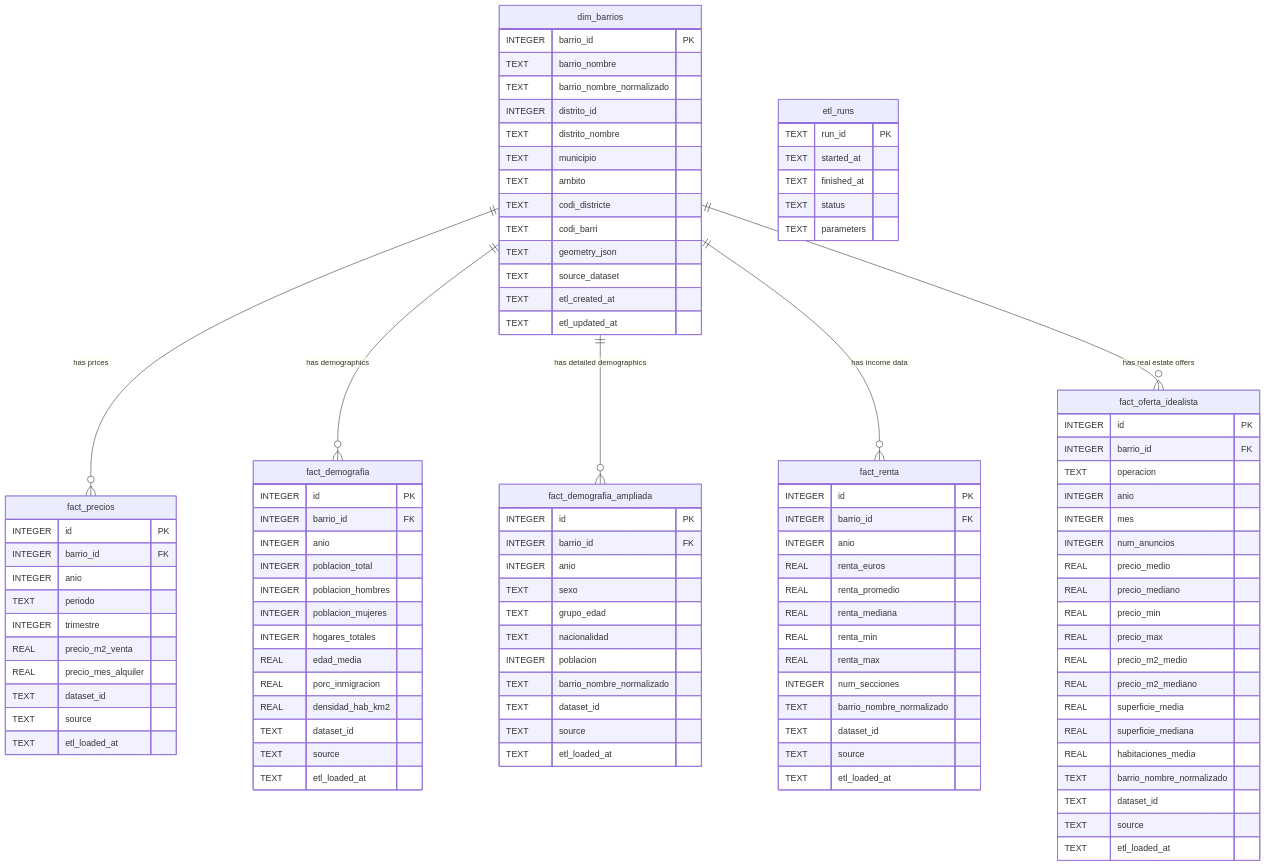
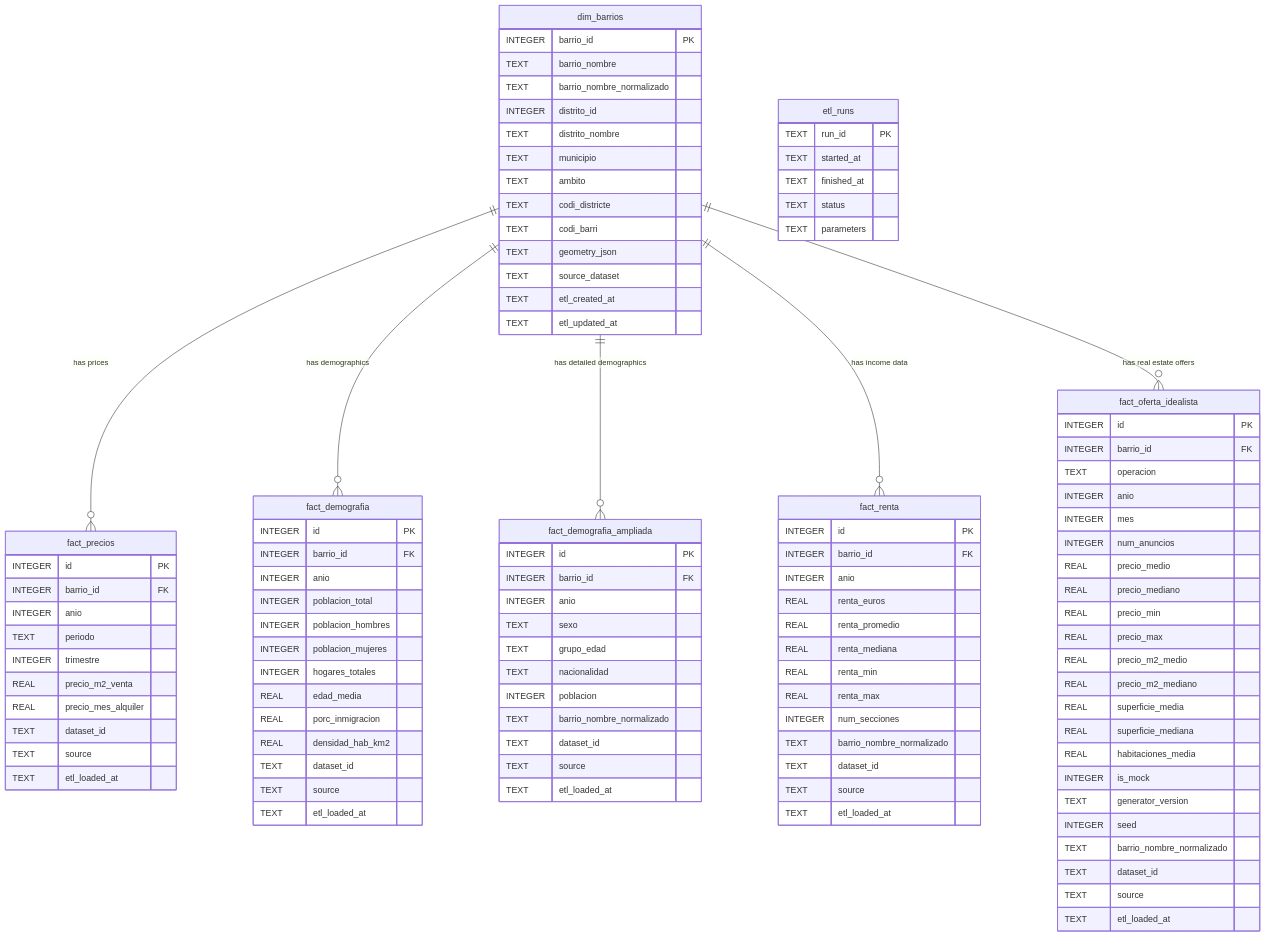
One commit to prototyp33/barcelona-housing-demographics-analyzer changed the diagram in docs/DATABASE_SCHEMA.md. Above: the diagram before and after it, drawn with Mermaid. The commit also changed other lines of this file, not shown here.

Commit message:
docs: enhance schema documentation with mock data details

```diff
--- a/docs/DATABASE_SCHEMA.md
+++ b/docs/DATABASE_SCHEMA.md
@@ -103,6 +103,9 @@
         REAL superficie_media
         REAL superficie_mediana
         REAL habitaciones_media
+        INTEGER is_mock
+        TEXT generator_version
+        INTEGER seed
         TEXT barrio_nombre_normalizado
         TEXT dataset_id
         TEXT source
```
